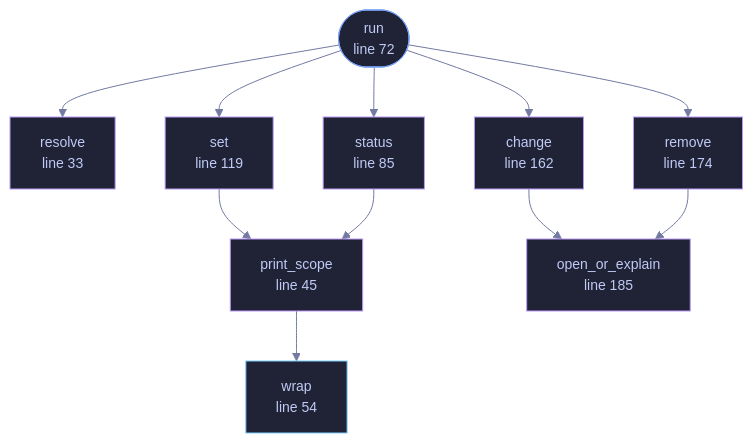
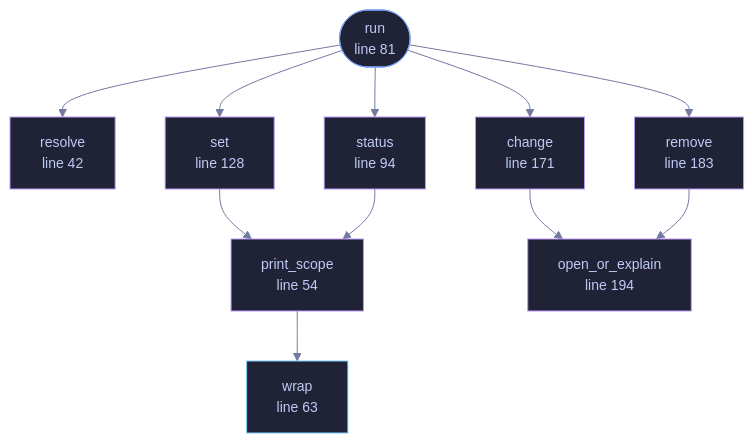
The diagram in docs/files/veilvoice-cli/lock.md (tilas01/veilvoice), drawn with Mermaid before and after one commit. The commit also changed other lines of this file and 487 other files, not shown here.

````diff
--- a/docs/files/veilvoice-cli/lock.md
+++ b/docs/files/veilvoice-cli/lock.md
@@ -64,38 +74,38 @@
 ```mermaid
 %%{init: {"theme":"base","themeVariables":{"background":"#1a1b26","primaryColor":"#1f2335","primaryTextColor":"#c0caf5","primaryBorderColor":"#7aa2f7","secondaryColor":"#16161e","tertiaryColor":"#16161e","lineColor":"#737aa2","textColor":"#c0caf5","mainBkg":"#1f2335","nodeBorder":"#7aa2f7","clusterBkg":"#16161e","clusterBorder":"#2f3549","fontFamily":"ui-monospace, SFMono-Regular, Consolas, monospace","fontSize":"14px"}}}%%
 flowchart TD
-    n_resolve["resolve<br/>line 33"]
-    n_print_scope["print_scope<br/>line 45"]
-    n_wrap["wrap<br/>line 54"]
-    n_run(["run<br/>line 72"])
-    n_status["status<br/>line 85"]
-    n_set["set<br/>line 119"]
-    n_change["change<br/>line 162"]
-    n_remove["remove<br/>line 174"]
-    n_open_or_explain["open_or_explain<br/>line 185"]
+    n_resolve["resolve<br/>line 42"]
+    n_print_scope["print_scope<br/>line 54"]
+    n_wrap["wrap<br/>line 63"]
+    n_run(["run<br/>line 81"])
+    n_status["status<br/>line 94"]
+    n_set["set<br/>line 128"]
+    n_change["change<br/>line 171"]
+    n_remove["remove<br/>line 183"]
+    n_open_or_explain["open_or_explain<br/>line 194"]
     n_change --> n_open_or_explain
     n_print_scope --> n_wrap
     n_remove --> n_open_or_explain
     n_run --> n_change
     n_run --> n_remove
     n_run --> n_resolve
     n_run --> n_set
     n_run --> n_status
     n_set --> n_print_scope
     n_status --> n_print_scope
-    click n_resolve href "https://github.com/tilas01/veilvoice/blob/main/crates/veilvoice-cli/src/lock.rs#L33" "open the source"
-    click n_print_scope href "https://github.com/tilas01/veilvoice/blob/main/crates/veilvoice-cli/src/lock.rs#L45" "open the source"
-    click n_wrap href "https://github.com/tilas01/veilvoice/blob/main/crates/veilvoice-cli/src/lock.rs#L54" "open the source"
-    click n_run href "https://github.com/tilas01/veilvoice/blob/main/crates/veilvoice-cli/src/lock.rs#L72" "open the source"
-    click n_status href "https://github.com/tilas01/veilvoice/blob/main/crates/veilvoice-cli/src/lock.rs#L85" "open the source"
-    click n_set href "https://github.com/tilas01/veilvoice/blob/main/crates/veilvoice-cli/src/lock.rs#L119" "open the source"
-    click n_change href "https://github.com/tilas01/veilvoice/blob/main/crates/veilvoice-cli/src/lock.rs#L162" "open the source"
-    click n_remove href "https://github.com/tilas01/veilvoice/blob/main/crates/veilvoice-cli/src/lock.rs#L174" "open the source"
-    click n_open_or_explain href "https://github.com/tilas01/veilvoice/blob/main/crates/veilvoice-cli/src/lock.rs#L185" "open the source"
+    click n_resolve href "https://github.com/tilas01/veilvoice/blob/main/crates/veilvoice-cli/src/lock.rs#L42" "open the source"
+    click n_print_scope href "https://github.com/tilas01/veilvoice/blob/main/crates/veilvoice-cli/src/lock.rs#L54" "open the source"
+    click n_wrap href "https://github.com/tilas01/veilvoice/blob/main/crates/veilvoice-cli/src/lock.rs#L63" "open the source"
+    click n_run href "https://github.com/tilas01/veilvoice/blob/main/crates/veilvoice-cli/src/lock.rs#L81" "open the source"
+    click n_status href "https://github.com/tilas01/veilvoice/blob/main/crates/veilvoice-cli/src/lock.rs#L94" "open the source"
+    click n_set href "https://github.com/tilas01/veilvoice/blob/main/crates/veilvoice-cli/src/lock.rs#L128" "open the source"
+    click n_change href "https://github.com/tilas01/veilvoice/blob/main/crates/veilvoice-cli/src/lock.rs#L171" "open the source"
+    click n_remove href "https://github.com/tilas01/veilvoice/blob/main/crates/veilvoice-cli/src/lock.rs#L183" "open the source"
+    click n_open_or_explain href "https://github.com/tilas01/veilvoice/blob/main/crates/veilvoice-cli/src/lock.rs#L194" "open the source"
     classDef entry fill:#1f2335,stroke:#7aa2f7,color:#c0caf5
     class n_run entry
     classDef api fill:#1f2335,stroke:#7dcfff,color:#c0caf5
     class n_wrap api
     classDef helper fill:#1f2335,stroke:#bb9af7,color:#c0caf5
     class n_resolve,n_print_scope,n_status,n_set,n_change,n_remove,n_open_or_explain helper
 ```
````
